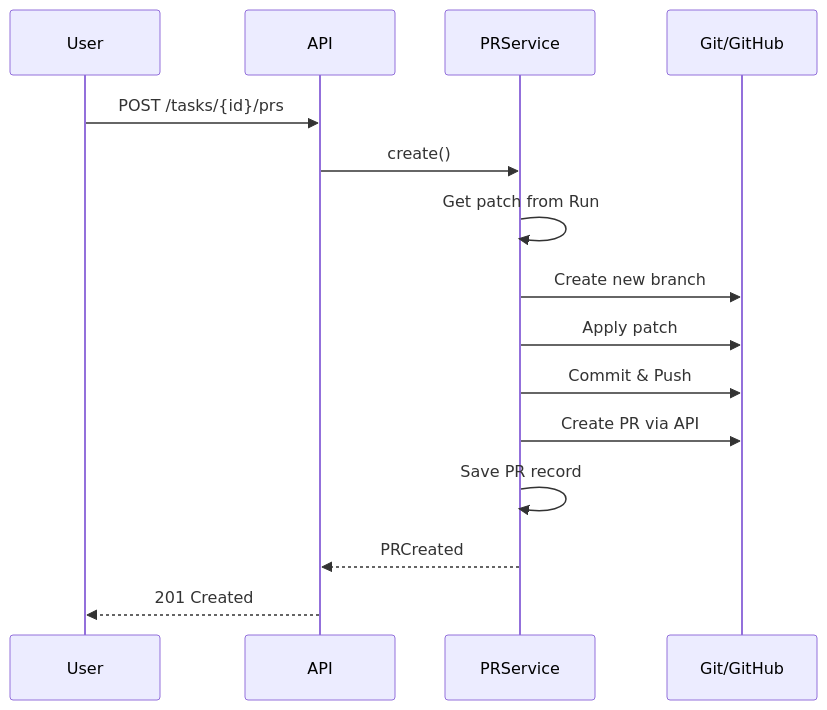
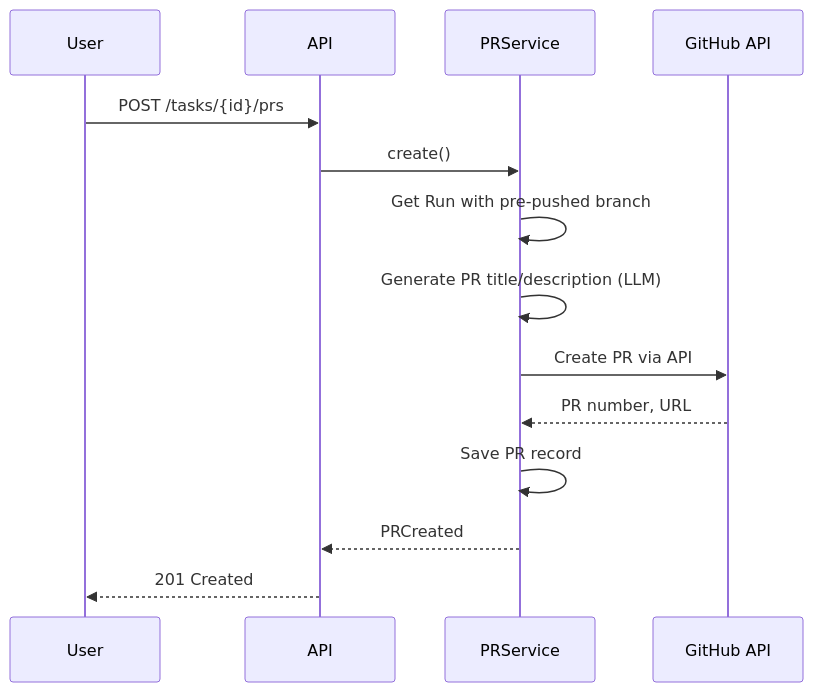
The eighth of 15 diagrams in docs/architecture.md (hampen2929/zloth), drawn with Mermaid before and after one commit. The commit also changed other lines of this file, not shown here.

First line of the commit message:
Update architecture documentation with current implementation

````diff
--- a/docs/architecture.md
+++ b/docs/architecture.md
@@ -211,18 +425,17 @@
 ```mermaid
 sequenceDiagram
     participant U as User
     participant A as API
     participant PS as PRService
-    participant Git as Git/GitHub
+    participant GH as GitHub API
 
     U->>A: POST /tasks/{id}/prs
     A->>PS: create()
-    PS->>PS: Get patch from Run
-    PS->>Git: Create new branch
-    PS->>Git: Apply patch
-    PS->>Git: Commit & Push
-    PS->>Git: Create PR via API
+    PS->>PS: Get Run with pre-pushed branch
+    PS->>PS: Generate PR title/description (LLM)
+    PS->>GH: Create PR via API
+    GH-->>PS: PR number, URL
     PS->>PS: Save PR record
     PS-->>A: PRCreated
     A-->>U: 201 Created
 ```
````
